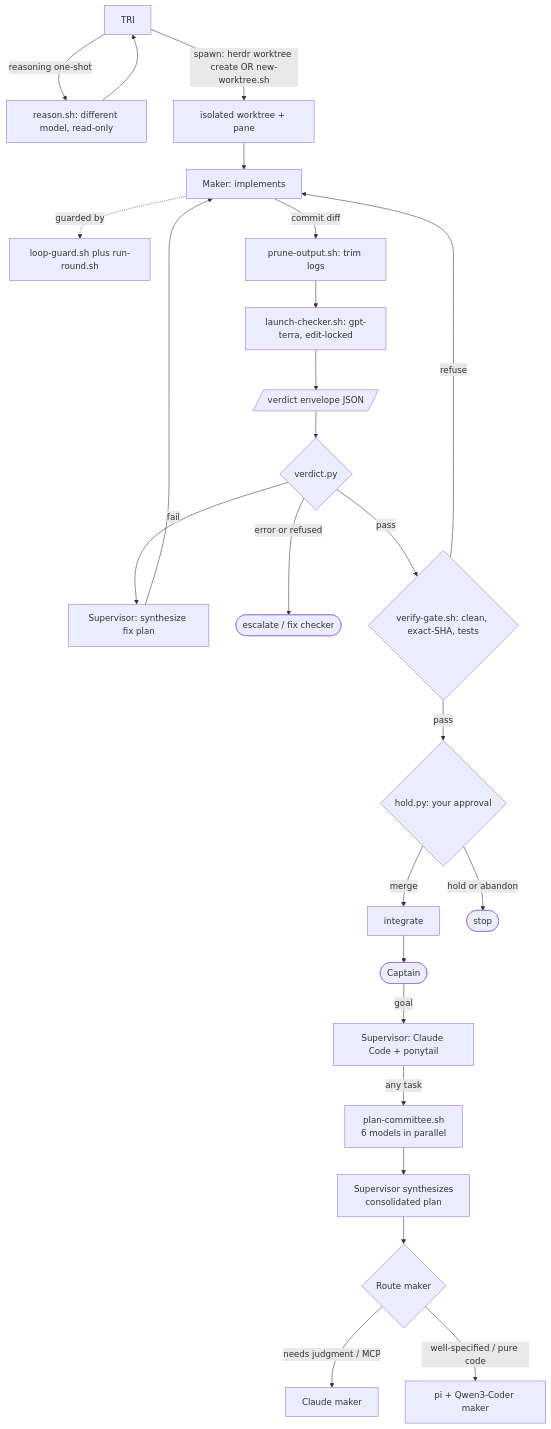
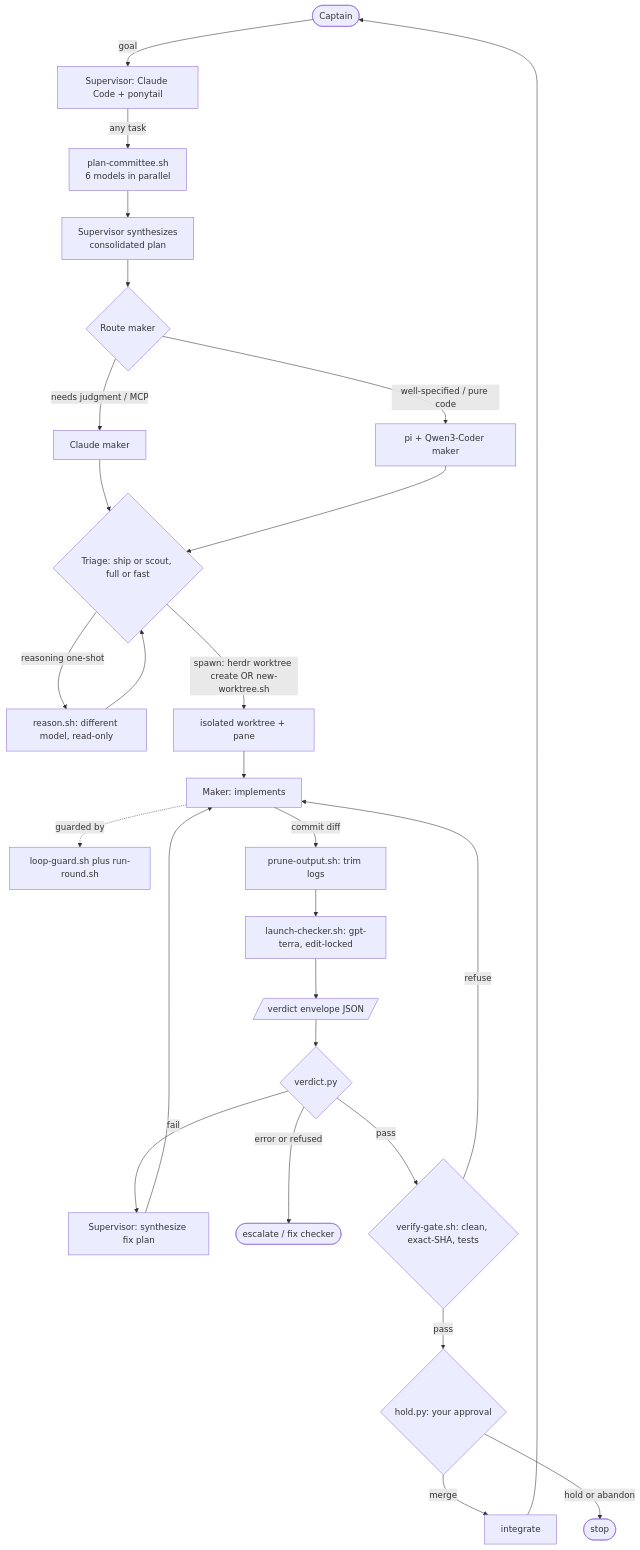
Before and after one commit to eshwarvijay/secondmate: the diagram in docs/ARCHITECTURE.md, drawn with Mermaid. The commit also changed other lines of this file and 1 other file, not shown here.

Commit message:
revert overreach: restore 3 lines and description text checker identified as incorrect
- docs/ARCHITECTURE.md flowchart: added back MKC --> TRI and MKQ --> TRI edges
- docs/ARCHITECTURE.md step 8 (Audit trail): restored 'Skip for trivial one-shot edits.'
- skills/secondmate/SKILL.md description: restored 'Skip for trivial one-shot edits or read-only questions.'

These were incorrectly removed in the previous commit; per the checker they are unrelated to the
plan-committee unconditional-run change.

````diff
--- a/docs/ARCHITECTURE.md
+++ b/docs/ARCHITECTURE.md
@@ -37,27 +37,29 @@
 ```mermaid
 flowchart TD
     Cap([Captain]) -->|goal| SUP[Supervisor: Claude Code + ponytail]
     SUP -->|any task| PC[plan-committee.sh<br/>6 models in parallel]
     PC --> SYN[Supervisor synthesizes<br/>consolidated plan]
     SYN --> ROUTE{Route maker}
     ROUTE -->|needs judgment / MCP| MKC[Claude maker]
     ROUTE -->|well-specified / pure code| MKQ[pi + Qwen3-Coder maker]
+    MKC --> TRI{Triage: ship or scout, full or fast}
+    MKQ --> TRI
     TRI -->|reasoning one-shot| RS[reason.sh: different model, read-only]
     RS --> TRI
     TRI -->|spawn: herdr worktree create OR new-worktree.sh| WT[isolated worktree + pane]
     WT --> MK[Maker: implements]
     MK -. guarded by .-> GD[loop-guard.sh plus run-round.sh]
     MK -->|commit diff| PR[prune-output.sh: trim logs]
     PR --> CH[launch-checker.sh: gpt-terra, edit-locked]
     CH --> EV[/verdict envelope JSON/]
     EV --> VD{verdict.py}
     VD -->|fail| S3[Supervisor: synthesize fix plan]
     S3 --> MK
     VD -->|error or refused| STOP2([escalate / fix checker])
     VD -->|pass| GT{verify-gate.sh: clean, exact-SHA, tests}
     GT -->|refuse| MK
     GT -->|pass| HD{hold.py: your approval}
     HD -->|merge| INT[integrate]
     HD -->|hold or abandon| STOP([stop])
     INT --> Cap
 ```
````
